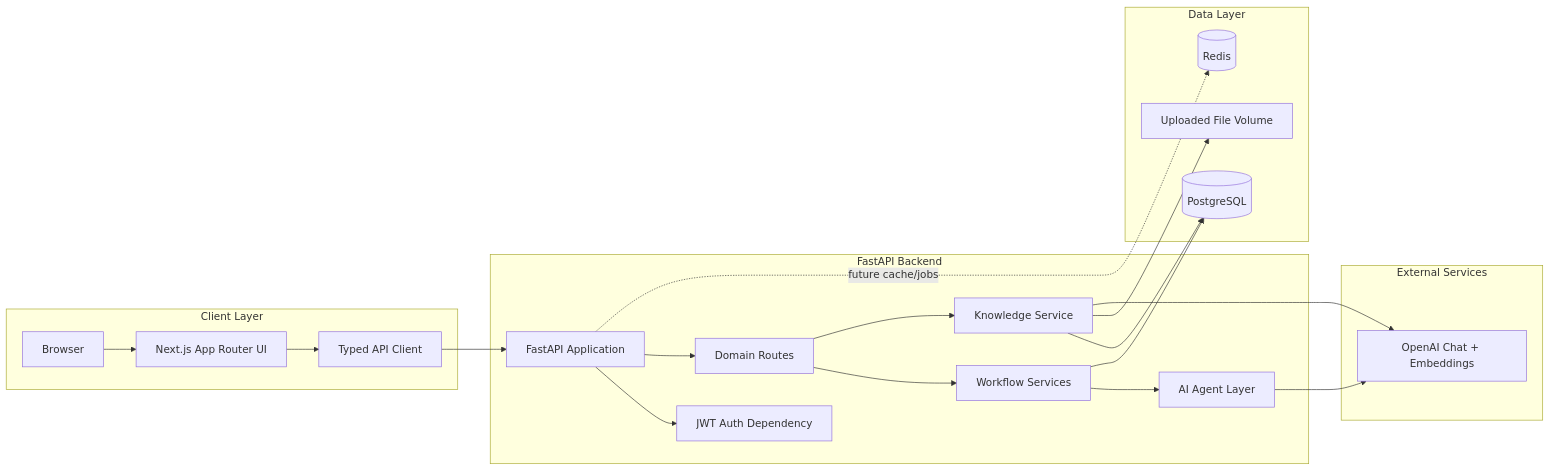
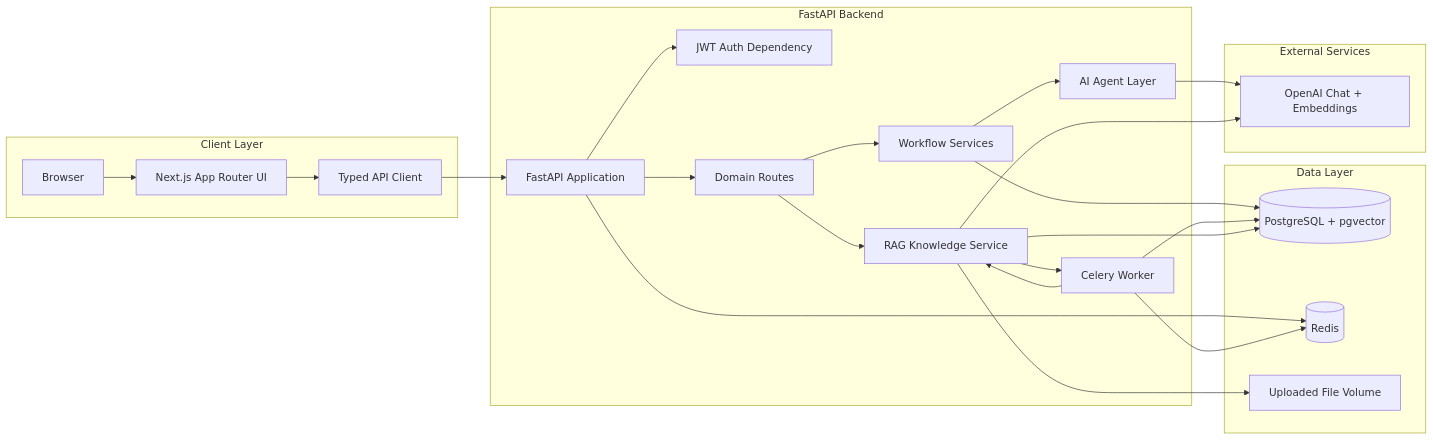
One commit to lukemadeit09/leadpilot-ai changed the first of 9 diagrams in docs/DIAGRAMS.md. Above: the diagram before and after it, drawn with Mermaid. The commit also changed 15 other files, not shown here.

Commit message:
feat: upgrade knowledge base with RAG

````diff
--- a/docs/DIAGRAMS.md
+++ b/docs/DIAGRAMS.md
@@ -7,42 +7,47 @@
 ```mermaid
 flowchart LR
   subgraph Client["Client Layer"]
     Browser["Browser"]
     NextUI["Next.js App Router UI"]
     ApiClient["Typed API Client"]
   end
 
   subgraph Backend["FastAPI Backend"]
     FastAPI["FastAPI Application"]
     Auth["JWT Auth Dependency"]
     Routes["Domain Routes"]
     Services["Workflow Services"]
     Agents["AI Agent Layer"]
-    Knowledge["Knowledge Service"]
+    Knowledge["RAG Knowledge Service"]
+    Worker["Celery Worker"]
   end
 
   subgraph Data["Data Layer"]
-    Postgres[("PostgreSQL")]
+    Postgres[("PostgreSQL + pgvector")]
     Redis[("Redis")]
     Uploads["Uploaded File Volume"]
   end
 
   subgraph External["External Services"]
     OpenAI["OpenAI Chat + Embeddings"]
   end
 
   Browser --> NextUI
   NextUI --> ApiClient
   ApiClient --> FastAPI
   FastAPI --> Auth
   FastAPI --> Routes
   Routes --> Services
   Services --> Agents
   Services --> Postgres
   Routes --> Knowledge
+  Knowledge --> Worker
+  Worker --> Knowledge
+  Worker --> Postgres
   Knowledge --> Postgres
   Knowledge --> Uploads
   Agents --> OpenAI
   Knowledge --> OpenAI
-  FastAPI -. "future cache/jobs" .-> Redis
+  FastAPI --> Redis
+  Worker --> Redis
 ```
````
